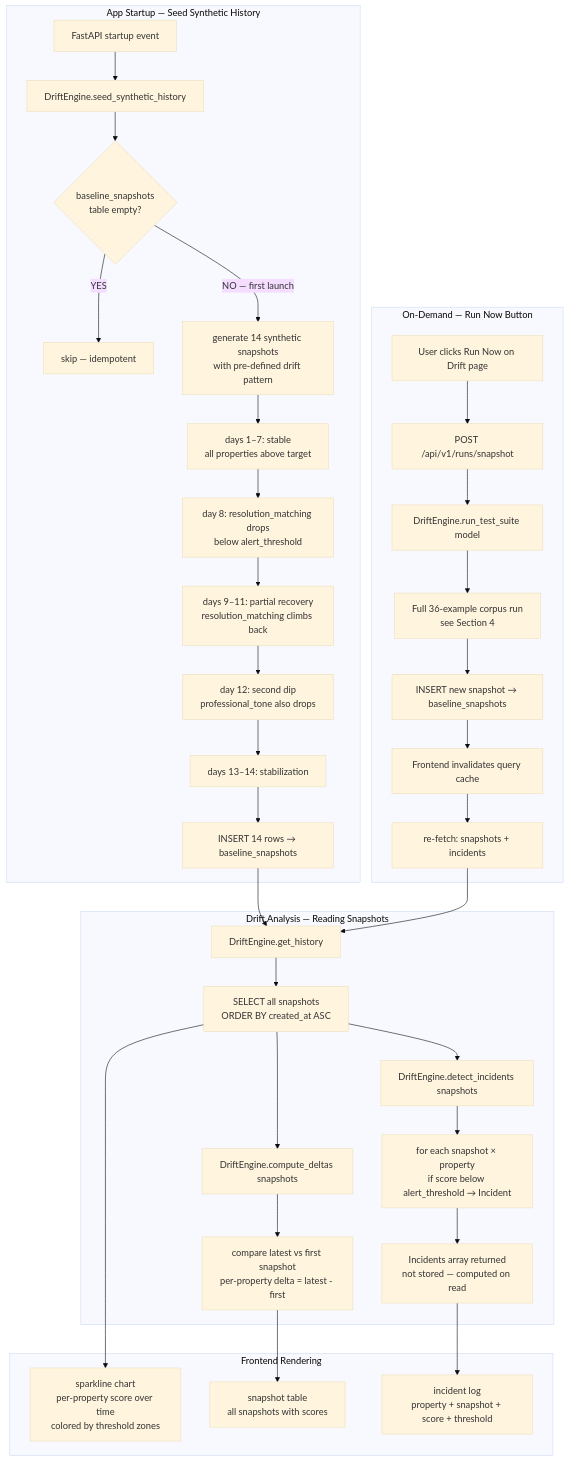
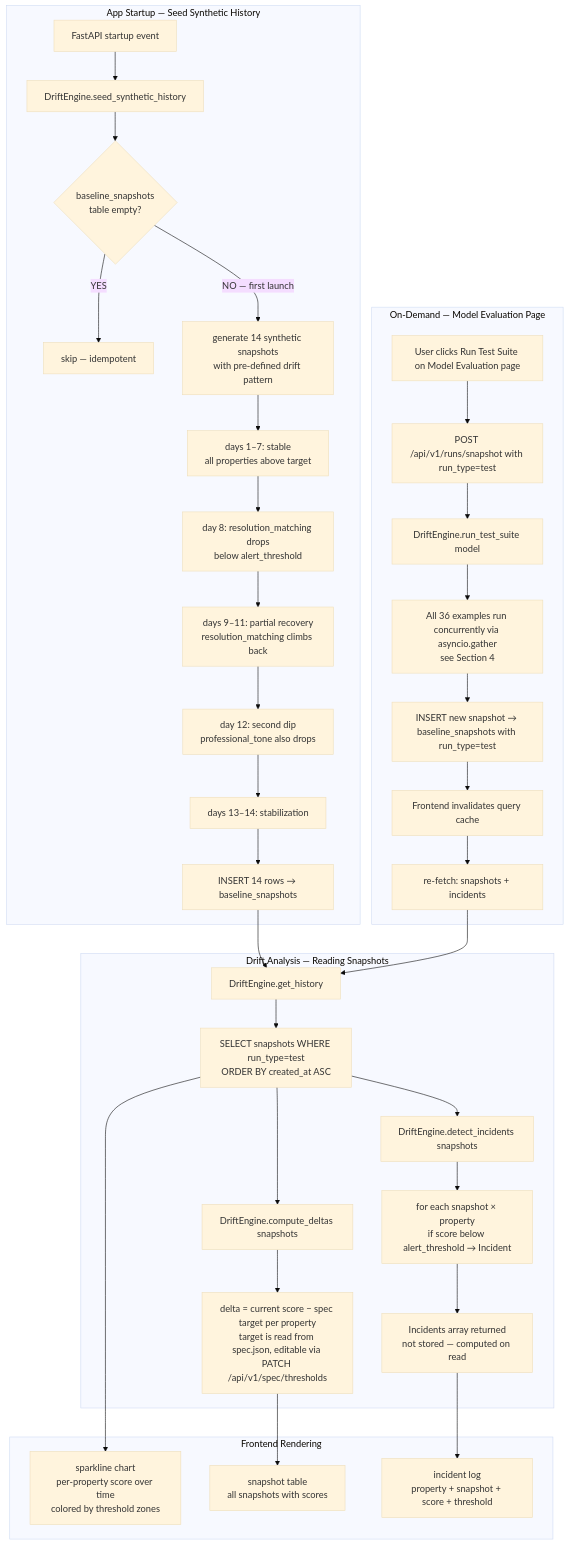
Before and after one commit to ad25343/GlassBox: the fifth of 8 diagrams in docs/interactions.md, drawn with Mermaid (base theme). The commit also changed other lines of this file and 5 other files, not shown here.

First line of the commit message:
Update docs to reflect current architecture

````diff
--- a/docs/interactions.md
+++ b/docs/interactions.md
@@ -290,58 +291,58 @@
 ```mermaid
 graph TD
     subgraph STARTUP[App Startup — Seed Synthetic History]
         S1[FastAPI startup event]
         S2[DriftEngine.seed_synthetic_history]
         S3{baseline_snapshots<br/>table empty?}
         S4[skip — idempotent]
         S5[generate 14 synthetic snapshots<br/>with pre-defined drift pattern]
         S6[days 1–7: stable<br/>all properties above target]
         S7[day 8: resolution_matching drops<br/>below alert_threshold]
         S8[days 9–11: partial recovery<br/>resolution_matching climbs back]
         S9[day 12: second dip<br/>professional_tone also drops]
         S10[days 13–14: stabilization]
         S11[INSERT 14 rows → baseline_snapshots]
 
         S1 --> S2 --> S3
         S3 -->|NO — first launch| S5
         S3 -->|YES| S4
         S5 --> S6 --> S7 --> S8 --> S9 --> S10 --> S11
     end
 
-    subgraph ONDEMAND[On-Demand — Run Now Button]
-        D1[User clicks Run Now on Drift page]
-        D2[POST /api/v1/runs/snapshot]
+    subgraph ONDEMAND[On-Demand — Model Evaluation Page]
+        D1[User clicks Run Test Suite on Model Evaluation page]
+        D2[POST /api/v1/runs/snapshot with run_type=test]
         D3[DriftEngine.run_test_suite model]
-        D4[Full 36-example corpus run<br/>see Section 4]
-        D5[INSERT new snapshot → baseline_snapshots]
+        D4[All 36 examples run concurrently via asyncio.gather<br/>see Section 4]
+        D5[INSERT new snapshot → baseline_snapshots with run_type=test]
         D6[Frontend invalidates query cache]
         D7[re-fetch: snapshots + incidents]
 
         D1 --> D2 --> D3 --> D4 --> D5 --> D6 --> D7
     end
 
     subgraph ANALYSIS[Drift Analysis — Reading Snapshots]
         A1[DriftEngine.get_history]
-        A2[SELECT all snapshots<br/>ORDER BY created_at ASC]
+        A2[SELECT snapshots WHERE run_type=test<br/>ORDER BY created_at ASC]
         A3[DriftEngine.compute_deltas snapshots]
-        A4[compare latest vs first snapshot<br/>per-property delta = latest - first]
+        A4[delta = current score − spec target per property<br/>target is read from spec.json, editable via PATCH /api/v1/spec/thresholds]
         A5[DriftEngine.detect_incidents snapshots]
         A6[for each snapshot × property<br/>if score below alert_threshold → Incident]
         A7[Incidents array returned<br/>not stored — computed on read]
 
         A1 --> A2 --> A3 --> A4
         A2 --> A5 --> A6 --> A7
     end
 
     subgraph RENDER[Frontend Rendering]
         R1[sparkline chart<br/>per-property score over time<br/>colored by threshold zones]
         R2[snapshot table<br/>all snapshots with scores]
         R3[incident log<br/>property + snapshot + score + threshold]
     end
 
     S11 --> A1
     D7 --> A1
     A4 --> R2
     A7 --> R3
     A2 --> R1
 ```
````
